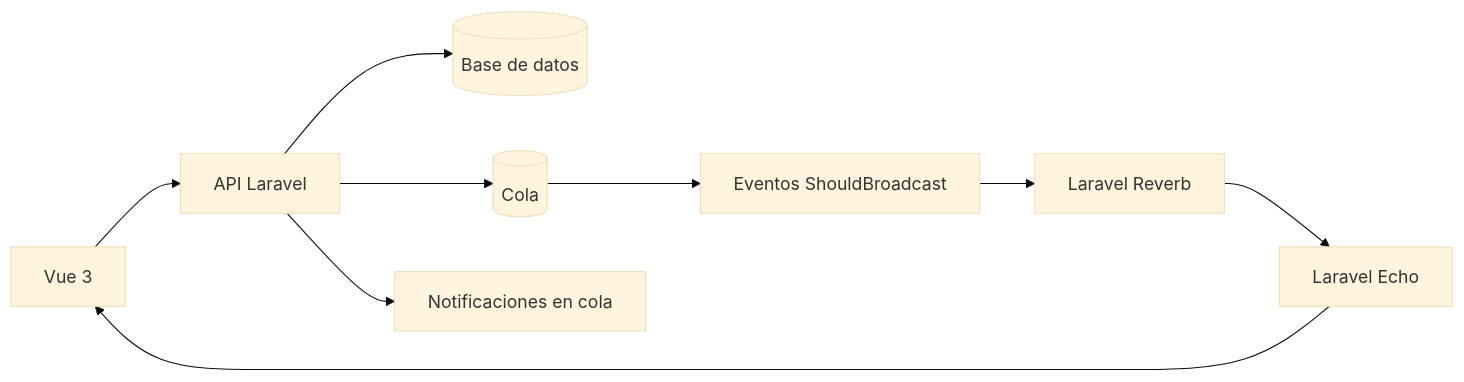
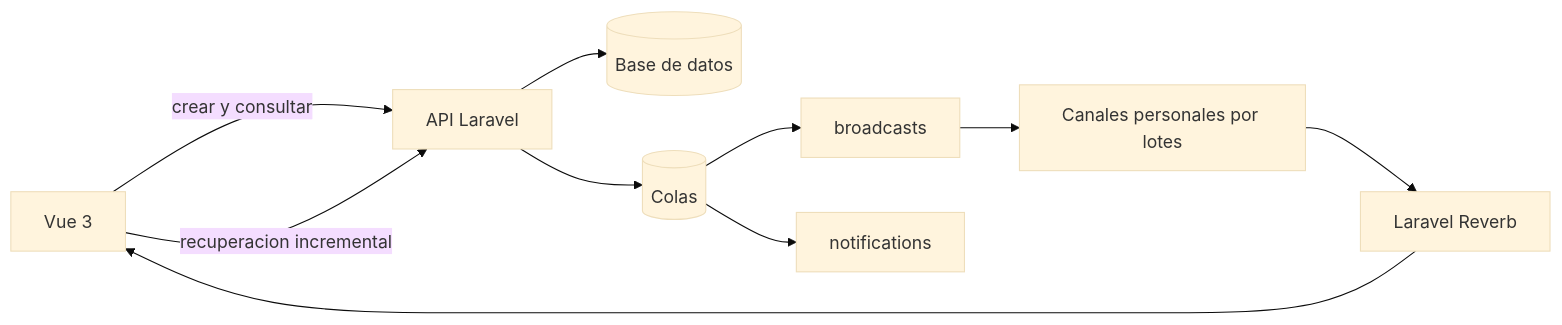
One commit to Angeloespinoza17/gestion_adm changed the diagram in docs/modulo-mensajeria.md. Above: the diagram before and after it, drawn with Mermaid (base theme). The commit also changed other lines of this file and 1050 other files, not shown here.

````diff
--- a/docs/modulo-mensajeria.md
+++ b/docs/modulo-mensajeria.md
@@ -7,11 +11,12 @@
 ```mermaid
 flowchart LR
-    Vue[Vue 3] --> API[API Laravel]
+    Vue[Vue 3] -->|crear y consultar| API[API Laravel]
     API --> DB[(Base de datos)]
-    API --> Queue[(Cola)]
-    Queue --> Events[Eventos ShouldBroadcast]
-    Events --> Reverb[Laravel Reverb]
-    Reverb --> Echo[Laravel Echo]
-    Echo --> Vue
-    API --> Notifications[Notificaciones en cola]
+    API --> Queue[(Colas)]
+    Queue --> Broadcasts[broadcasts]
+    Queue --> Notifications[notifications]
+    Broadcasts --> UserChannels[Canales personales por lotes]
+    UserChannels --> Reverb[Laravel Reverb]
+    Reverb --> Vue
+    Vue -->|recuperacion incremental| API
 ```
````
